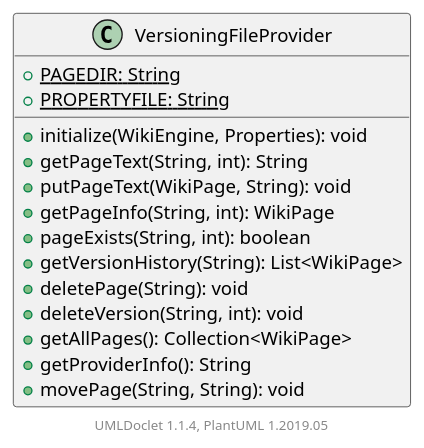
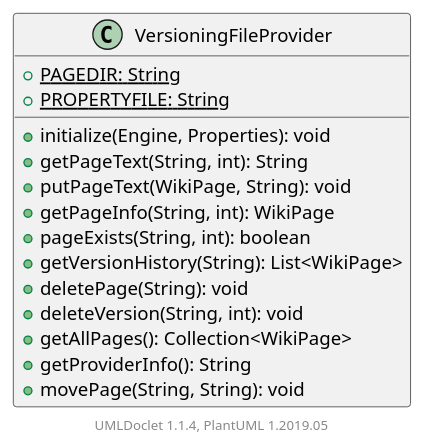
The diagram in apidocs/2.11.0.M7-SNAPSHOT/org/apache/wiki/providers/VersioningFileProvider.puml (apache/jspwiki-site), drawn with PlantUML before and after one commit. The commit also changed 1463 other files, not shown here.

```diff
--- a/apidocs/2.11.0.M7-SNAPSHOT/org/apache/wiki/providers/VersioningFileProvider.puml
+++ b/apidocs/2.11.0.M7-SNAPSHOT/org/apache/wiki/providers/VersioningFileProvider.puml
@@ -1,21 +1,21 @@
 @startuml
 
     class VersioningFileProvider [[VersioningFileProvider.html]] {
         {static} +PAGEDIR: String
         {static} +PROPERTYFILE: String
-        +initialize(WikiEngine, Properties): void
+        +initialize(Engine, Properties): void
         +getPageText(String, int): String
         +putPageText(WikiPage, String): void
         +getPageInfo(String, int): WikiPage
         +pageExists(String, int): boolean
         +getVersionHistory(String): List<WikiPage>
         +deletePage(String): void
         +deleteVersion(String, int): void
         +getAllPages(): Collection<WikiPage>
         +getProviderInfo(): String
         +movePage(String, String): void
     }
 
 
     center footer UMLDoclet 1.1.4, PlantUML 1.2019.05
 @enduml
```
